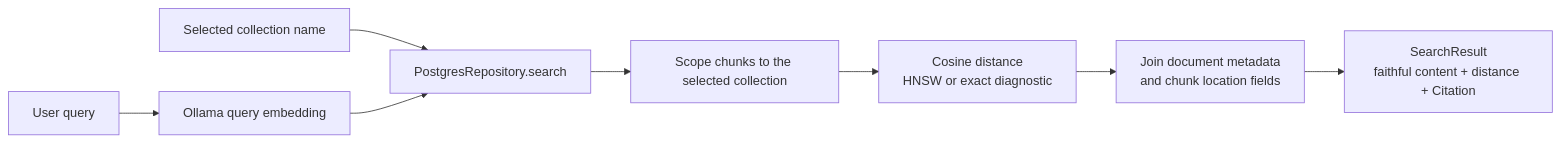
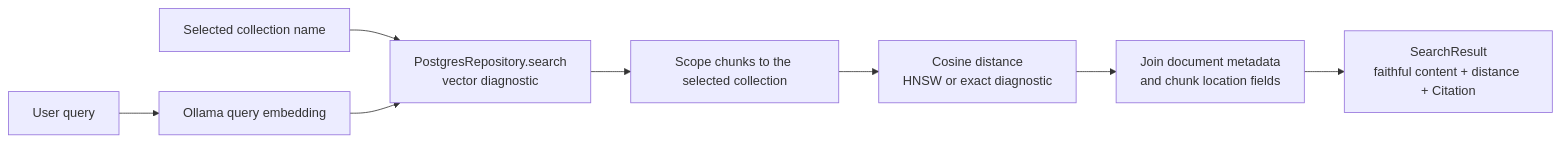
Before and after one commit to FranRguezCer/RAGLab: the fifth of 5 diagrams in README.md, drawn with Mermaid. The commit also changed other lines of this file and 1 other file, not shown here.

````diff
--- a/README.md
+++ b/README.md
@@ -464,10 +561,10 @@
 ```mermaid
 flowchart LR
     QUESTION["User query"] --> QUERY_VECTOR["Ollama query embedding"]
-    COLLECTION["Selected collection name"] --> SEARCH["PostgresRepository.search"]
+    COLLECTION["Selected collection name"] --> SEARCH["PostgresRepository.search<br/>vector diagnostic"]
     QUERY_VECTOR --> SEARCH
     SEARCH --> FILTER["Scope chunks to the selected collection"]
     FILTER --> RANK["Cosine distance<br/>HNSW or exact diagnostic"]
     RANK --> JOIN["Join document metadata<br/>and chunk location fields"]
     JOIN --> RESULT["SearchResult<br/>faithful content + distance + Citation"]
 ```
````
